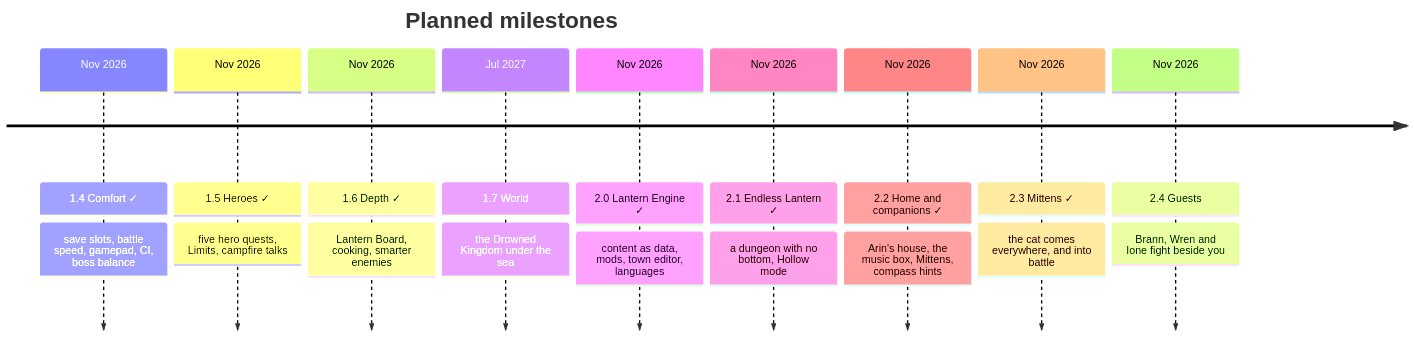
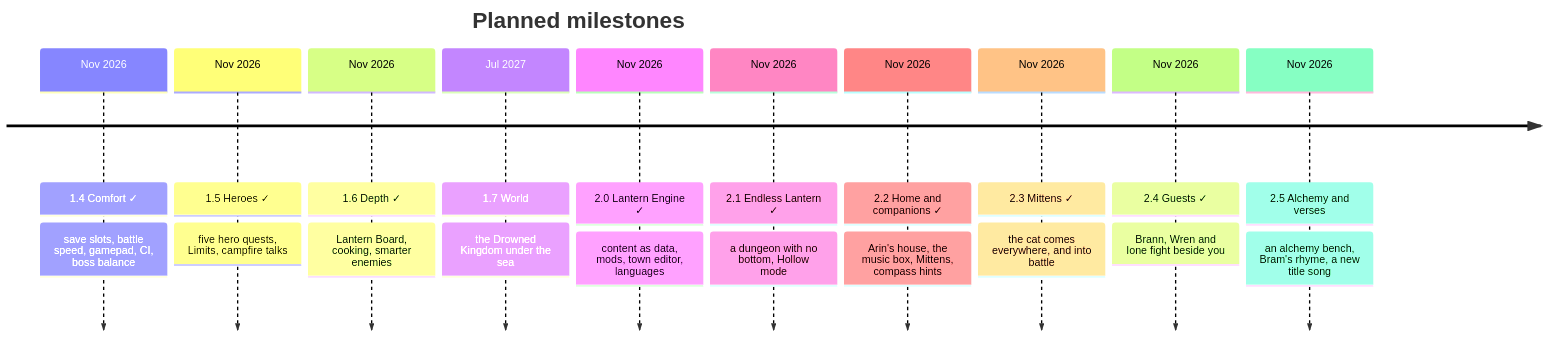
One commit to CptNope/Laternfall changed the fifth of 5 diagrams in README.md. Above: the diagram before and after it, drawn with Mermaid. The commit also changed other lines of this file and 22 other files, not shown here.

First line of the commit message:
2.5: the alchemy bench and Old Bram's verses

````diff
--- a/README.md
+++ b/README.md
@@ -410,13 +413,14 @@
 ```mermaid
 timeline
     title Planned milestones
     Nov 2026 : 1.4 Comfort ✓ : save slots, battle speed, gamepad, CI, boss balance
     Nov 2026 : 1.5 Heroes ✓ : five hero quests, Limits, campfire talks
     Nov 2026 : 1.6 Depth ✓ : Lantern Board, cooking, smarter enemies
     Jul 2027 : 1.7 World : the Drowned Kingdom under the sea
     Nov 2026 : 2.0 Lantern Engine ✓ : content as data, mods, town editor, languages
     Nov 2026 : 2.1 Endless Lantern ✓ : a dungeon with no bottom, Hollow mode
     Nov 2026 : 2.2 Home and companions ✓ : Arin's house, the music box, Mittens, compass hints
     Nov 2026 : 2.3 Mittens ✓ : the cat comes everywhere, and into battle
-    Nov 2026 : 2.4 Guests : Brann, Wren and Ione fight beside you
+    Nov 2026 : 2.4 Guests ✓ : Brann, Wren and Ione fight beside you
+    Nov 2026 : 2.5 Alchemy and verses : an alchemy bench, Bram's rhyme, a new title song
 ```
````
